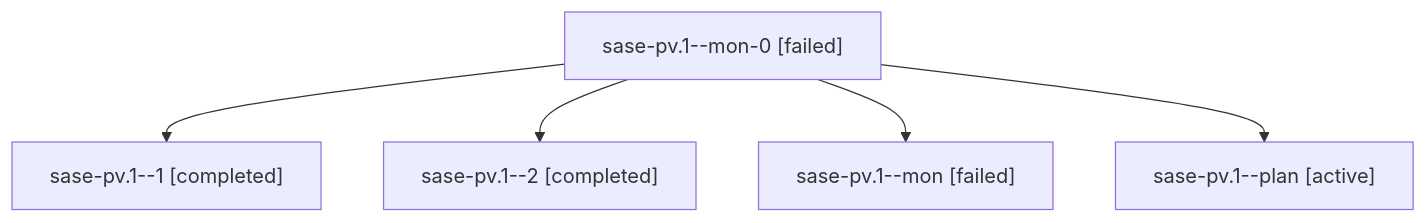
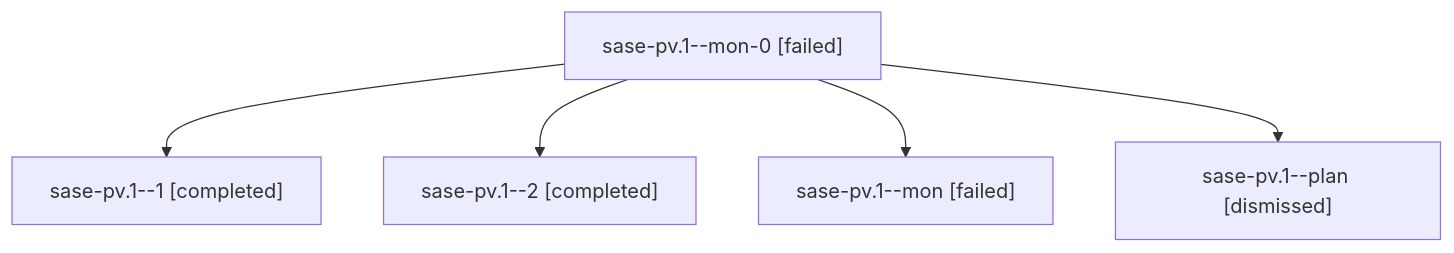
The diagram in sessions/bbugyi200.athena.sase-pv.1.md (sase-org/sase--agents), drawn with Mermaid before and after one commit. The commit also changed other lines of this file and 133 other files, not shown here.

````diff
--- a/sessions/bbugyi200.athena.sase-pv.1.md
+++ b/sessions/bbugyi200.athena.sase-pv.1.md
@@ -9,12 +9,12 @@
 ```mermaid
 flowchart TD
   n0["sase-pv.1--mon-0 [failed]"]
   n1["sase-pv.1--1 [completed]"]
   n0 --> n1
   n2["sase-pv.1--2 [completed]"]
   n0 --> n2
   n3["sase-pv.1--mon [failed]"]
   n0 --> n3
-  n4["sase-pv.1--plan [active]"]
+  n4["sase-pv.1--plan [dismissed]"]
   n0 --> n4
 ```
````
